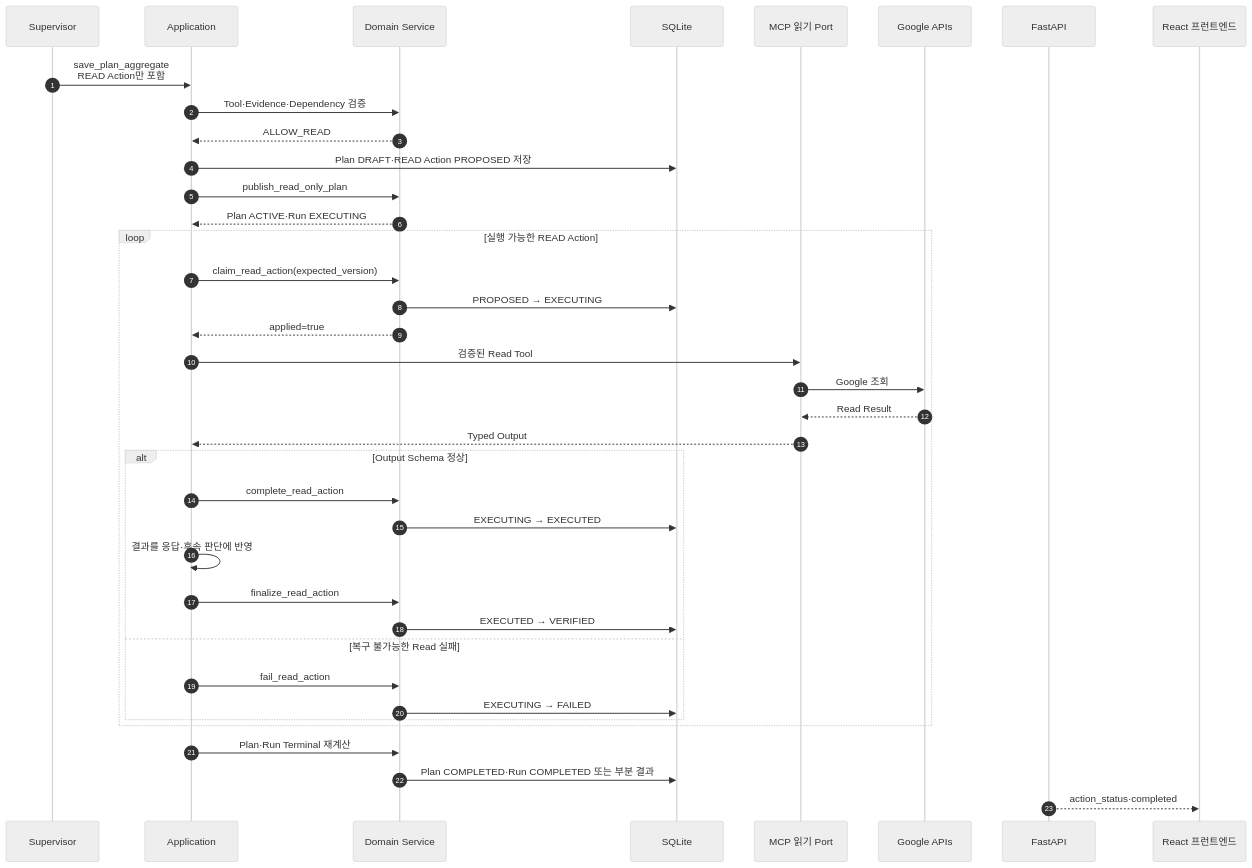
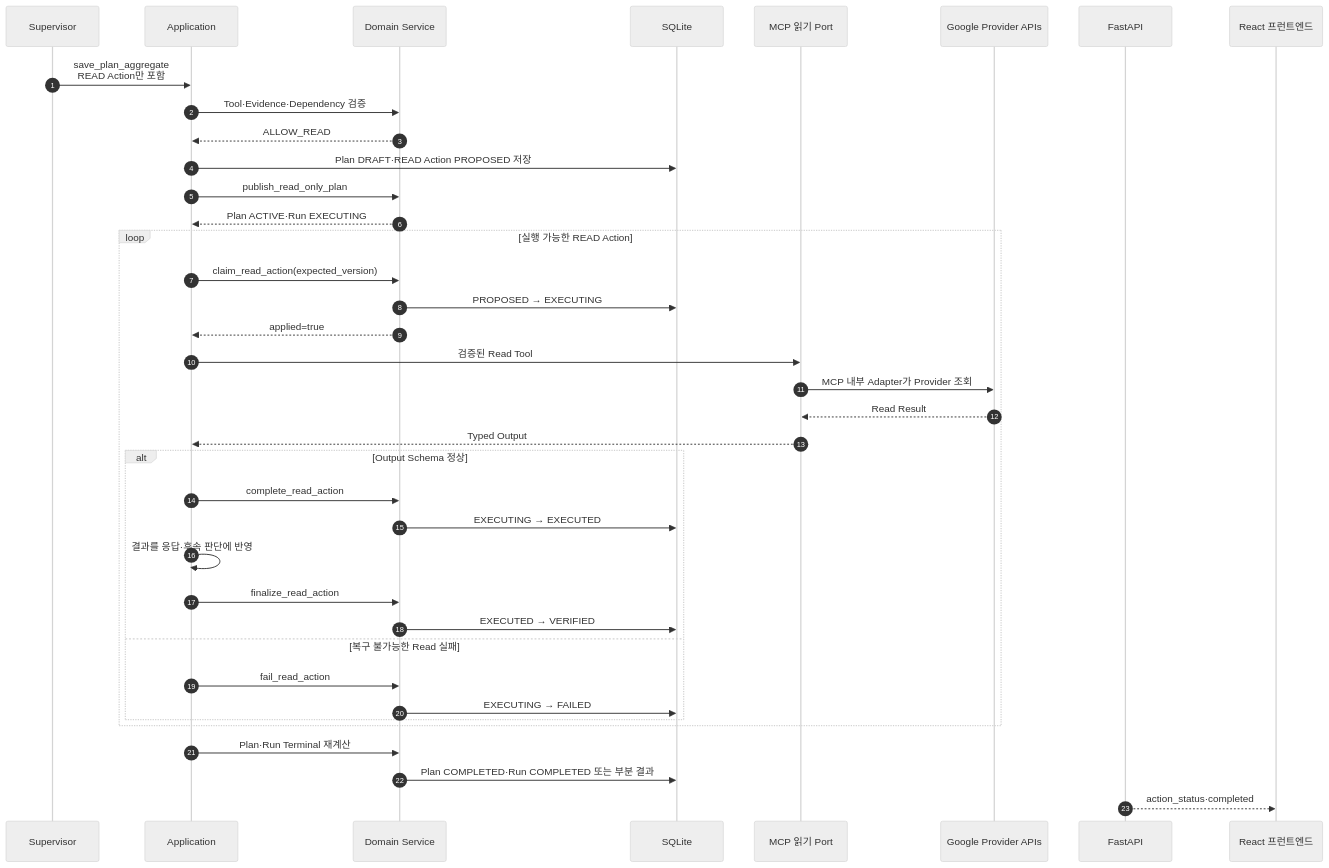
One commit to solar-ai-dev/google-work-agent changed the eighth of 20 diagrams in docs/08-sequence-design.md. Above: the diagram before and after it, drawn with Mermaid (neutral theme). The commit also changed other lines of this file and 22 other files, not shown here.

````diff
--- a/docs/08-sequence-design.md
+++ b/docs/08-sequence-design.md
@@ -352,43 +438,43 @@
 ```mermaid
 sequenceDiagram
     autonumber
     participant SUP as Supervisor
     participant APP as Application
     participant DOM as Domain Service
     participant DB as SQLite
     participant MCP as MCP 읽기 Port
-    participant G as Google APIs
+    participant G as Google Provider APIs
     participant API as FastAPI
     participant FE as React 프런트엔드
 
     SUP->>APP: save_plan_aggregate<br>READ Action만 포함
     APP->>DOM: Tool·Evidence·Dependency 검증
     DOM-->>APP: ALLOW_READ
     APP->>DB: Plan DRAFT·READ Action PROPOSED 저장
     APP->>DOM: publish_read_only_plan
     DOM-->>APP: Plan ACTIVE·Run EXECUTING
 
     loop 실행 가능한 READ Action
         APP->>DOM: claim_read_action(expected_version)
         DOM->>DB: PROPOSED → EXECUTING
         DOM-->>APP: applied=true
         APP->>MCP: 검증된 Read Tool
-        MCP->>G: Google 조회
+        MCP->>G: MCP 내부 Adapter가 Provider 조회
         G-->>MCP: Read Result
         MCP-->>APP: Typed Output
         alt Output Schema 정상
             APP->>DOM: complete_read_action
             DOM->>DB: EXECUTING → EXECUTED
             APP->>APP: 결과를 응답·후속 판단에 반영
             APP->>DOM: finalize_read_action
             DOM->>DB: EXECUTED → VERIFIED
         else 복구 불가능한 Read 실패
             APP->>DOM: fail_read_action
             DOM->>DB: EXECUTING → FAILED
         end
     end
 
     APP->>DOM: Plan·Run Terminal 재계산
     DOM->>DB: Plan COMPLETED·Run COMPLETED 또는 부분 결과
     API-->>FE: action_status·completed
 ```
````
